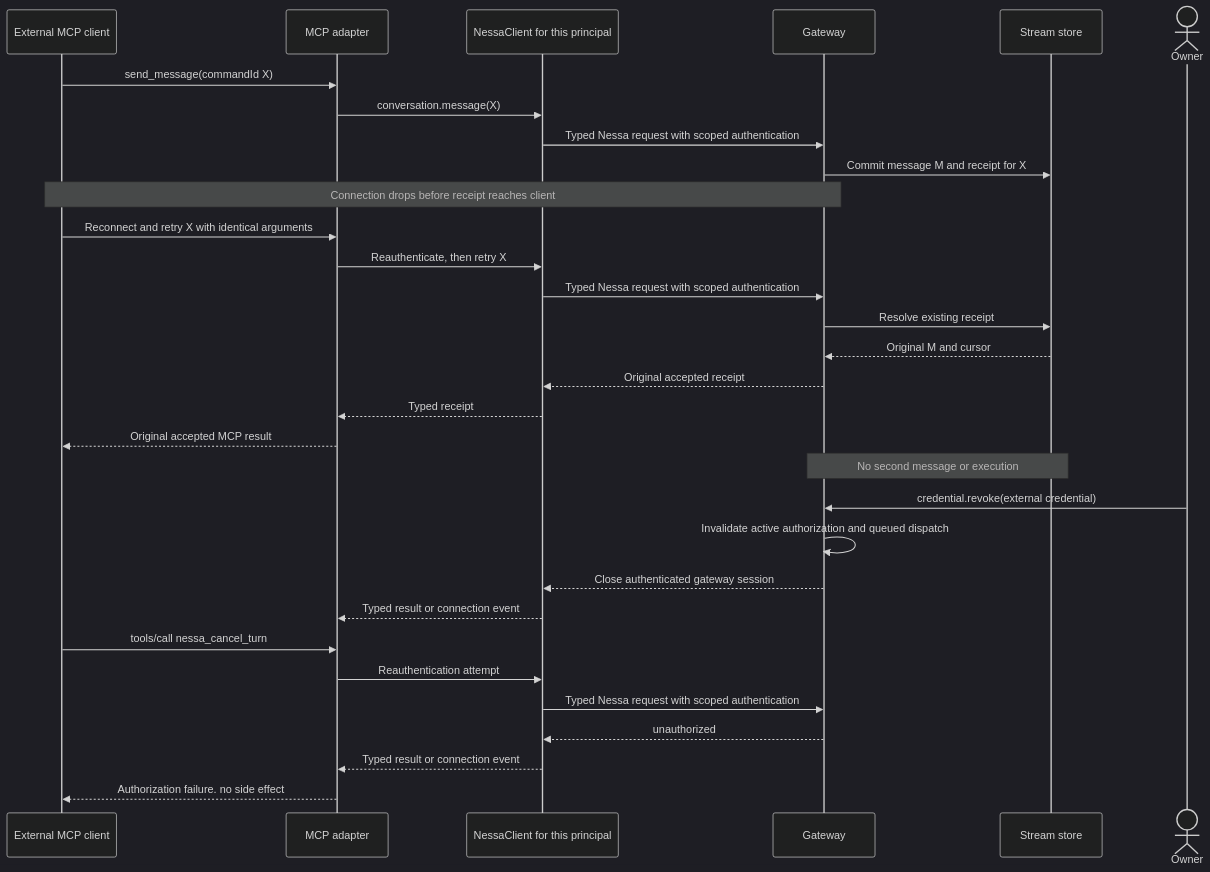
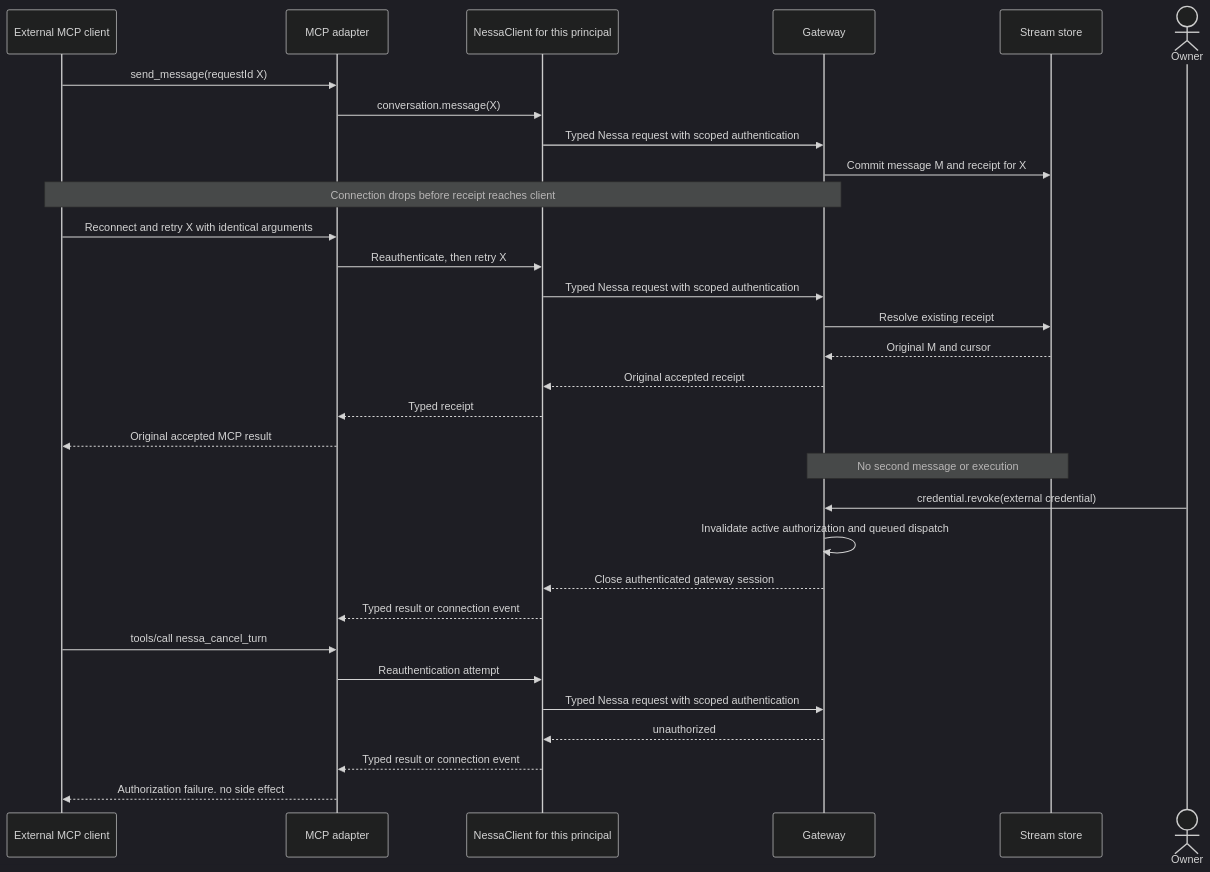
One commit to nessalabs/nessa-agent changed the fifth of 6 diagrams in docs/design/collaboration-sequences-and-mcp.md. Above: the diagram before and after it, drawn with Mermaid (dark theme). The commit also changed other lines of this file and 6 other files, not shown here.

````diff
--- a/docs/design/collaboration-sequences-and-mcp.md
+++ b/docs/design/collaboration-sequences-and-mcp.md
@@ -244,33 +244,33 @@
 ```mermaid
 sequenceDiagram
     participant E as External MCP client
     participant M as MCP adapter
     participant SDK as NessaClient for this principal
     participant G as Gateway
     participant S as Stream store
     actor Owner
-    E->>M: send_message(commandId X)
+    E->>M: send_message(requestId X)
     M->>SDK: conversation.message(X)
     SDK->>G: Typed Nessa request with scoped authentication
     G->>S: Commit message M and receipt for X
     Note over E,G: Connection drops before receipt reaches client
     E->>M: Reconnect and retry X with identical arguments
     M->>SDK: Reauthenticate, then retry X
     SDK->>G: Typed Nessa request with scoped authentication
     G->>S: Resolve existing receipt
     S-->>G: Original M and cursor
     G-->>SDK: Original accepted receipt
     SDK-->>M: Typed receipt
     M-->>E: Original accepted MCP result
     Note over G,S: No second message or execution
     Owner->>G: credential.revoke(external credential)
     G->>G: Invalidate active authorization and queued dispatch
     G-->>SDK: Close authenticated gateway session
     SDK-->>M: Typed result or connection event
     E->>M: tools/call nessa_cancel_turn
     M->>SDK: Reauthentication attempt
     SDK->>G: Typed Nessa request with scoped authentication
     G-->>SDK: unauthorized
     SDK-->>M: Typed result or connection event
     M-->>E: Authorization failure. no side effect
 ```
````
